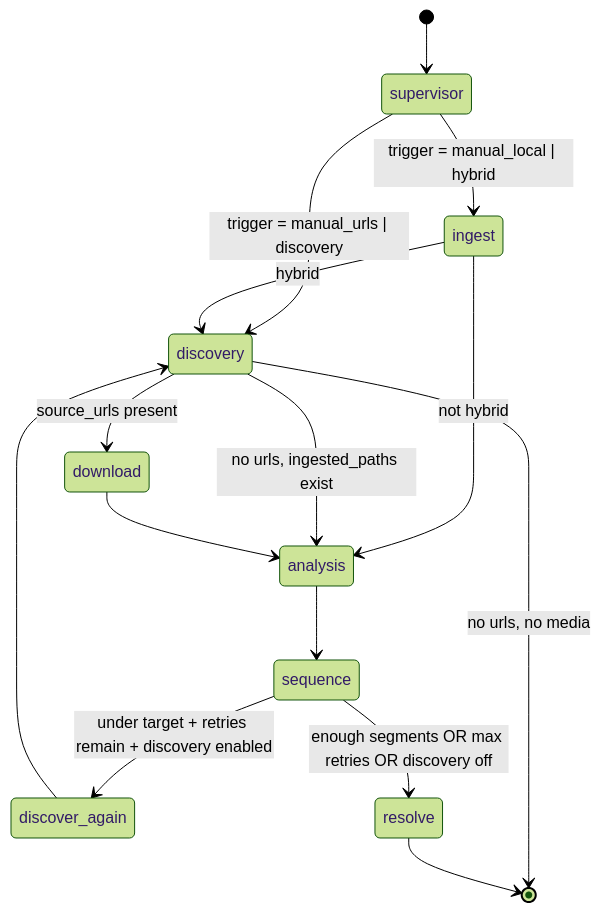
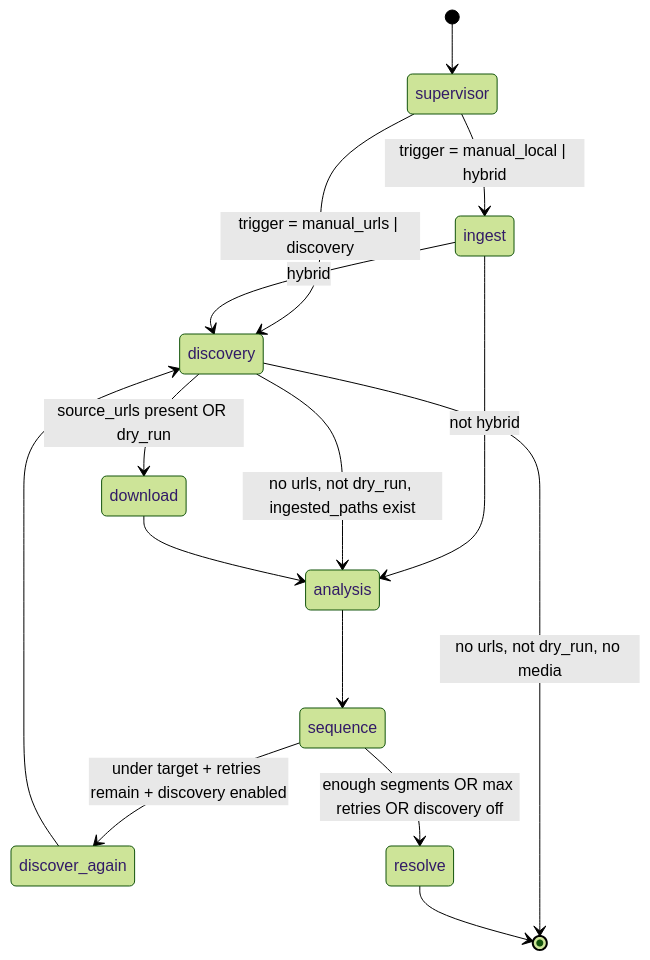
The second of 2 diagrams in clipforge/architecture.md (Shadow-Council-Software/product), drawn with Mermaid (forest theme) before and after one commit. The commit also changed other lines of this file and 9 other files, not shown here.

````diff
--- a/clipforge/architecture.md
+++ b/clipforge/architecture.md
@@ -194,25 +194,25 @@
 ```mermaid
 stateDiagram-v2
   [*] --> supervisor
 
   supervisor --> ingest: trigger = manual_local | hybrid
   supervisor --> discovery: trigger = manual_urls | discovery
 
   ingest --> discovery: hybrid
   ingest --> analysis: not hybrid
 
-  discovery --> download: source_urls present
-  discovery --> analysis: no urls, ingested_paths exist
-  discovery --> [*]: no urls, no media
+  discovery --> download: source_urls present OR dry_run
+  discovery --> analysis: no urls, not dry_run, ingested_paths exist
+  discovery --> [*]: no urls, not dry_run, no media
 
   download --> analysis
 
   analysis --> sequence
 
   sequence --> discover_again: under target + retries remain + discovery enabled
   sequence --> resolve: enough segments OR max retries OR discovery off
 
   discover_again --> discovery
 
   resolve --> [*]
 ```
````
